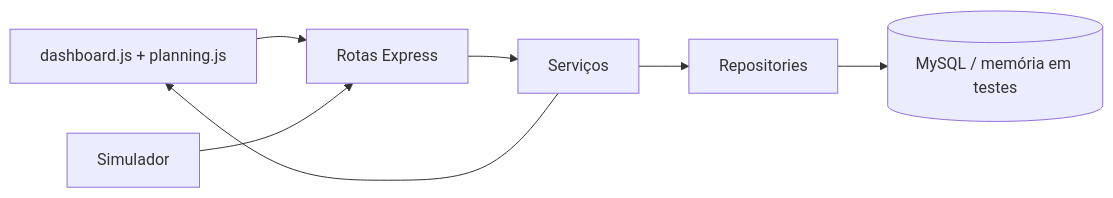
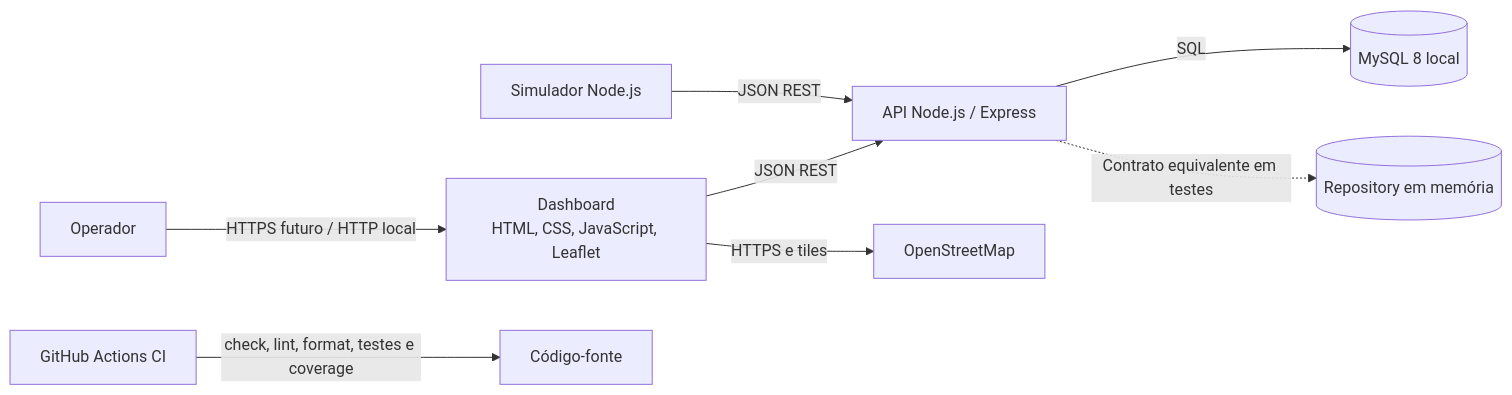
Before and after one commit to sandrozdb/lifebox-smart-organ-transport: the second of 4 diagrams in docs/architecture.md, drawn with Mermaid. The commit also changed other lines of this file and 105 other files, not shown here.

````diff
--- a/docs/architecture.md
+++ b/docs/architecture.md
@@ -5,9 +20,10 @@
 ```mermaid
 flowchart LR
-  UI[dashboard.js + planning.js] --> API[Rotas Express]
-  API --> S[Serviços]
-  S --> R[Repositories]
-  R --> DB[(MySQL / memória em testes)]
-  SIM[Simulador] --> API
-  S --> UI
+  OP[Operador] -->|HTTPS futuro / HTTP local| WEB[Dashboard\nHTML, CSS, JavaScript, Leaflet]
+  WEB -->|JSON REST| API[API Node.js / Express]
+  SIM[Simulador Node.js] -->|JSON REST| API
+  API -->|SQL| MYSQL[(MySQL 8 local)]
+  API -.->|Contrato equivalente em testes| MEM[(Repository em memória)]
+  WEB -->|HTTPS e tiles| OSM[OpenStreetMap]
+  CI[GitHub Actions CI] -->|check, lint, format, testes e coverage| CODE[Código-fonte]
 ```
````
